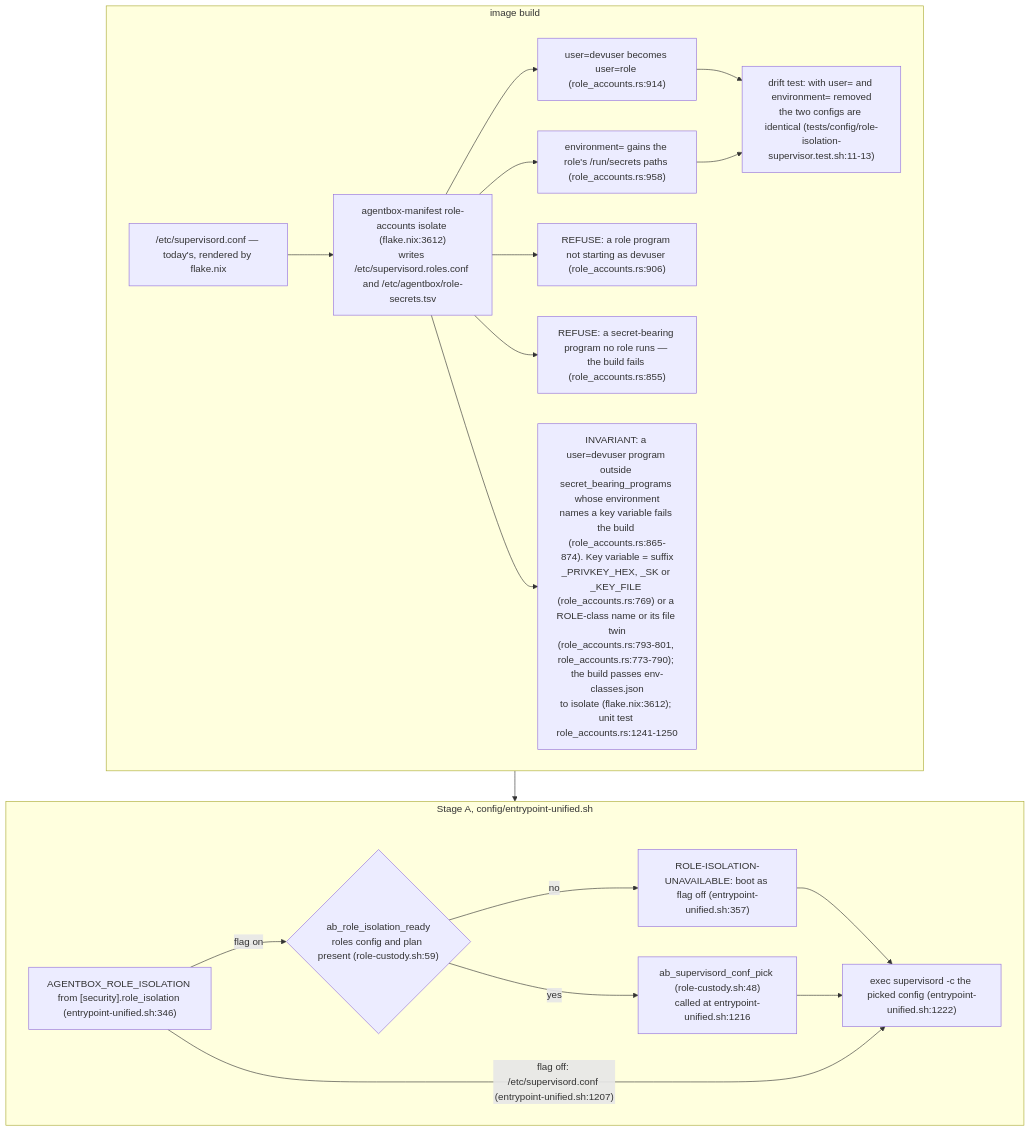
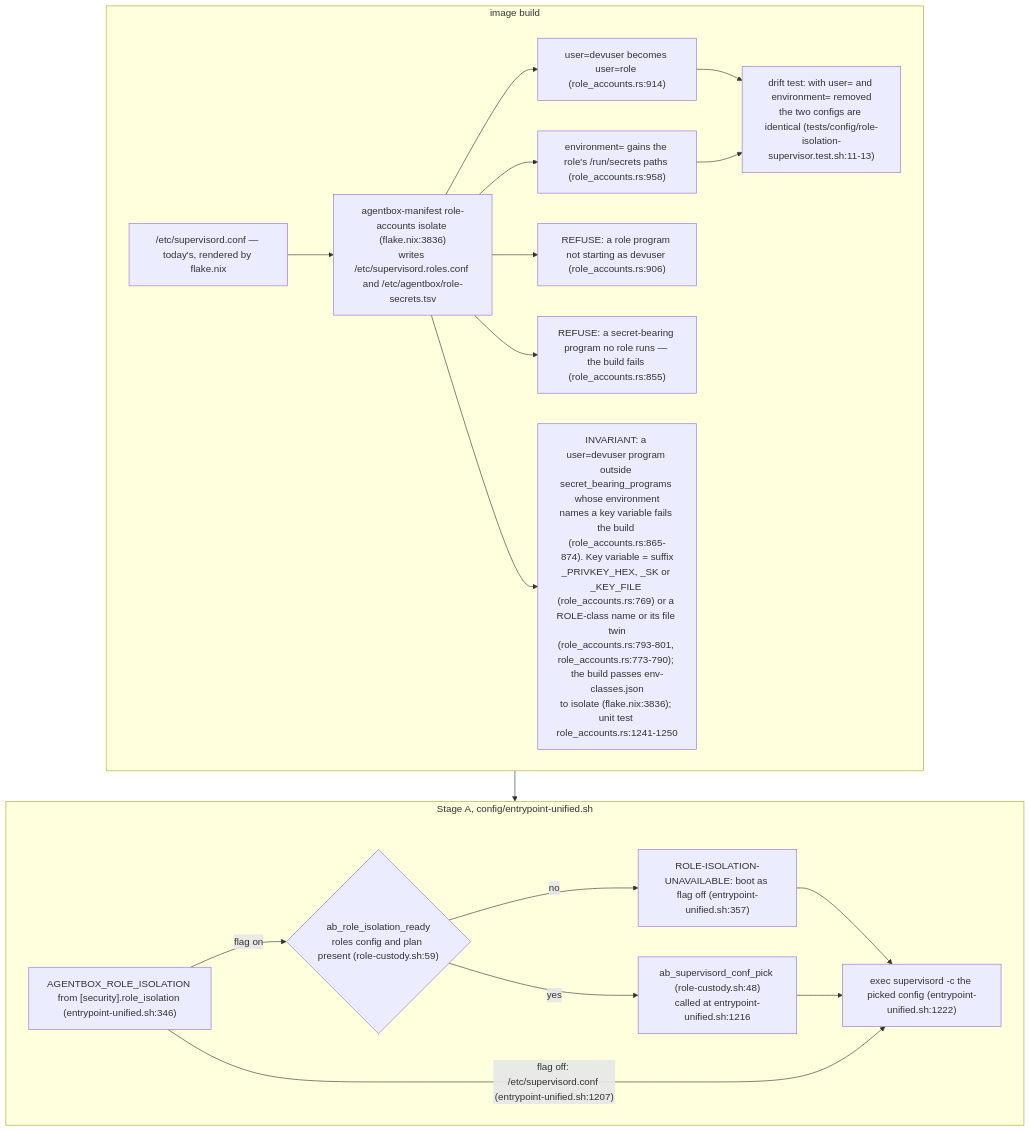
The second of 7 diagrams in docs/diagrams/agentbox/36-role-isolation-and-identity-port.md (DreamLab-AI/VisionFlow), drawn with Mermaid before and after one commit. The commit also changed other lines of this file and 111 other files, not shown here.

Commit message:
docs(diagrams): align estate maps with current source

````diff
--- a/docs/diagrams/agentbox/36-role-isolation-and-identity-port.md
+++ b/docs/diagrams/agentbox/36-role-isolation-and-identity-port.md
@@ -84,28 +85,28 @@
 ```mermaid
 flowchart TB
     subgraph BUILD["image build"]
         TODAY["/etc/supervisord.conf — today's, rendered by flake.nix"]
-        ISO["agentbox-manifest role-accounts isolate (flake.nix:3612)<br/>writes /etc/supervisord.roles.conf and /etc/agentbox/role-secrets.tsv"]
+        ISO["agentbox-manifest role-accounts isolate (flake.nix:3836)<br/>writes /etc/supervisord.roles.conf and /etc/agentbox/role-secrets.tsv"]
         TODAY --> ISO
         ISO --> R1["user=devuser becomes user=role (role_accounts.rs:914)"]
         ISO --> R2["environment= gains the role's /run/secrets paths (role_accounts.rs:958)"]
         ISO --> F1["REFUSE: a role program not starting as devuser (role_accounts.rs:906)"]
         ISO --> F2["REFUSE: a secret-bearing program no role runs — the build fails (role_accounts.rs:855)"]
-        ISO --> F3["INVARIANT: a user=devuser program outside secret_bearing_programs whose environment<br/>names a key variable fails the build (role_accounts.rs:865-874). Key variable = suffix<br/>_PRIVKEY_HEX, _SK or _KEY_FILE (role_accounts.rs:769) or a ROLE-class name or its file twin<br/>(role_accounts.rs:793-801, role_accounts.rs:773-790); the build passes env-classes.json<br/>to isolate (flake.nix:3612); unit test role_accounts.rs:1241-1250"]
+        ISO --> F3["INVARIANT: a user=devuser program outside secret_bearing_programs whose environment<br/>names a key variable fails the build (role_accounts.rs:865-874). Key variable = suffix<br/>_PRIVKEY_HEX, _SK or _KEY_FILE (role_accounts.rs:769) or a ROLE-class name or its file twin<br/>(role_accounts.rs:793-801, role_accounts.rs:773-790); the build passes env-classes.json<br/>to isolate (flake.nix:3836); unit test role_accounts.rs:1241-1250"]
         T["drift test: with user= and environment= removed<br/>the two configs are identical (tests/config/role-isolation-supervisor.test.sh:11-13)"]
         R1 --> T
         R2 --> T
     end
     subgraph BOOT["Stage A, config/entrypoint-unified.sh"]
         FLAG["AGENTBOX_ROLE_ISOLATION from [security].role_isolation (entrypoint-unified.sh:346)"]
         READY{"ab_role_isolation_ready<br/>roles config and plan present (role-custody.sh:59)"}
         UN["ROLE-ISOLATION-UNAVAILABLE: boot as flag off (entrypoint-unified.sh:357)"]
         PICK["ab_supervisord_conf_pick (role-custody.sh:48)<br/>called at entrypoint-unified.sh:1216"]
         EXEC["exec supervisord -c the picked config (entrypoint-unified.sh:1222)"]
         FLAG -->|"flag on"| READY
         READY -->|"no"| UN --> EXEC
         READY -->|"yes"| PICK --> EXEC
         FLAG -->|"flag off: /etc/supervisord.conf (entrypoint-unified.sh:1207)"| EXEC
     end
     BUILD --> BOOT
 ```
````
